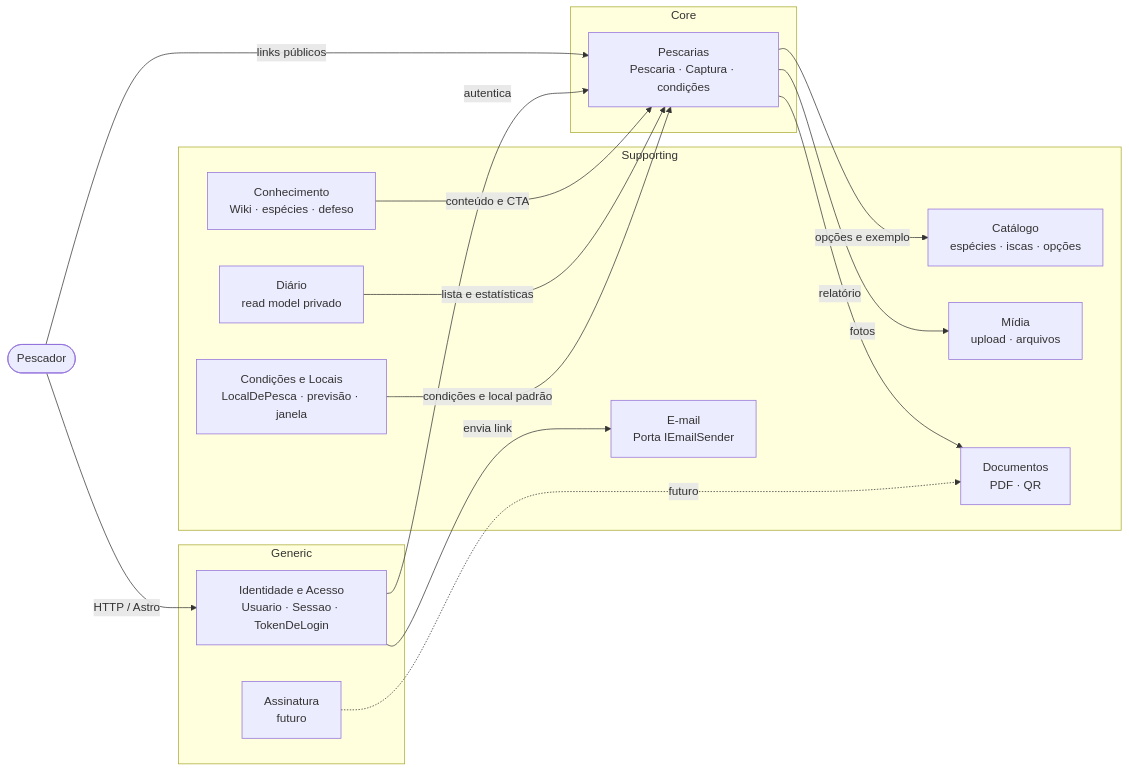
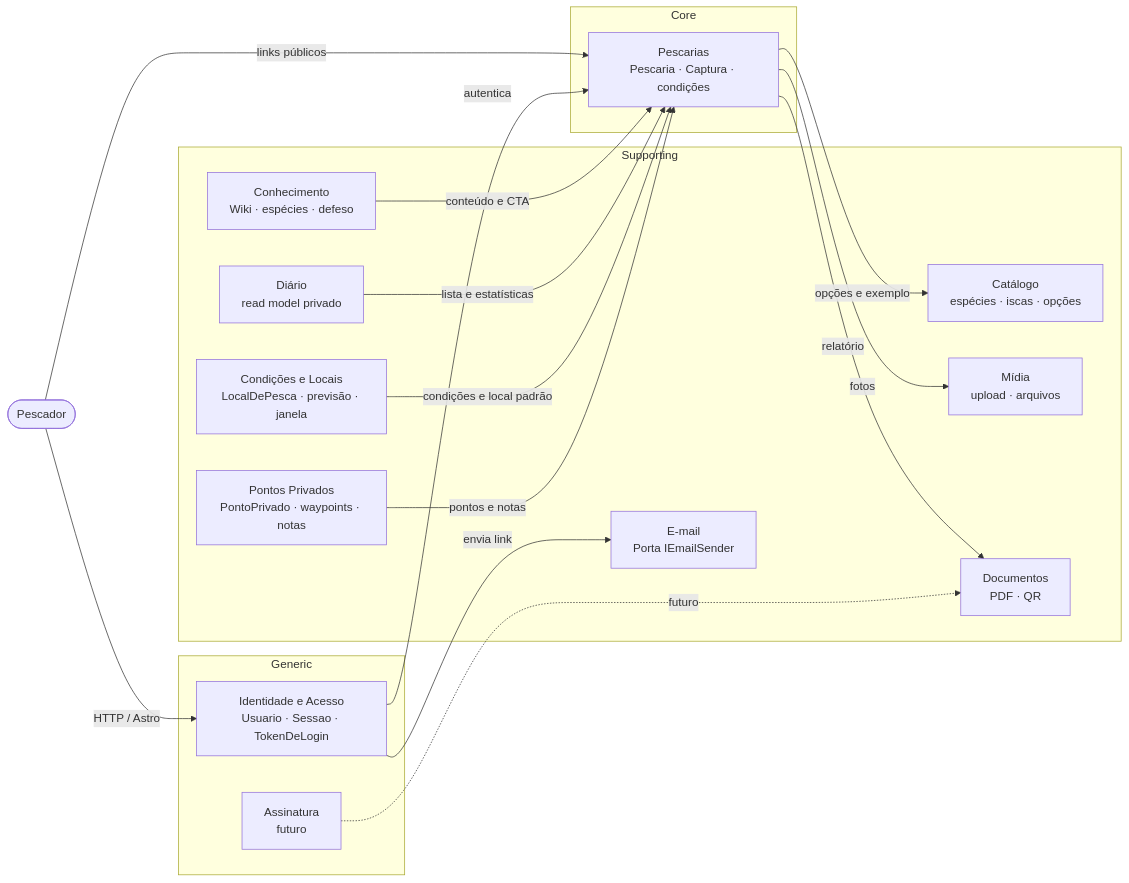
Before and after one commit to AbsonDev/abson: the diagram in Projetos/fisga/docs/ddd.md, drawn with Mermaid. The commit also changed other lines of this file and 31 other files, not shown here.

Commit message:
feat(fisga): add cockpit timeline and private map points

````diff
--- a/Projetos/fisga/docs/ddd.md
+++ b/Projetos/fisga/docs/ddd.md
@@ -12,34 +12,36 @@
 ```mermaid
 flowchart LR
   pescador([Pescador]) -->|HTTP / Astro| identidade
   pescador -->|links públicos| pescarias
 
   subgraph Core
     pescarias[Pescarias<br/>Pescaria · Captura · condições]
   end
 
   subgraph Generic
     identidade[Identidade e Acesso<br/>Usuario · Sessao · TokenDeLogin]
     assinatura[Assinatura<br/>futuro]
   end
 
   subgraph Supporting
     catalogo[Catálogo<br/>espécies · iscas · opções]
     conhecimento[Conhecimento<br/>Wiki · espécies · defeso]
     midia[Mídia<br/>upload · arquivos]
     documentos[Documentos<br/>PDF · QR]
     diario[Diário<br/>read model privado]
     condicoes[Condições e Locais<br/>LocalDePesca · previsão · janela]
+    pontos[Pontos Privados<br/>PontoPrivado · waypoints · notas]
     email[E-mail<br/>Porta IEmailSender]
   end
 
   identidade -->|autentica| pescarias
   identidade -->|envia link| email
   pescarias -->|opções e exemplo| catalogo
   conhecimento -->|conteúdo e CTA| pescarias
   pescarias -->|fotos| midia
   pescarias -->|relatório| documentos
   diario -->|lista e estatísticas| pescarias
   condicoes -->|condições e local padrão| pescarias
+  pontos -->|pontos e notas| pescarias
   assinatura -.->|futuro| documentos
 ```
````
